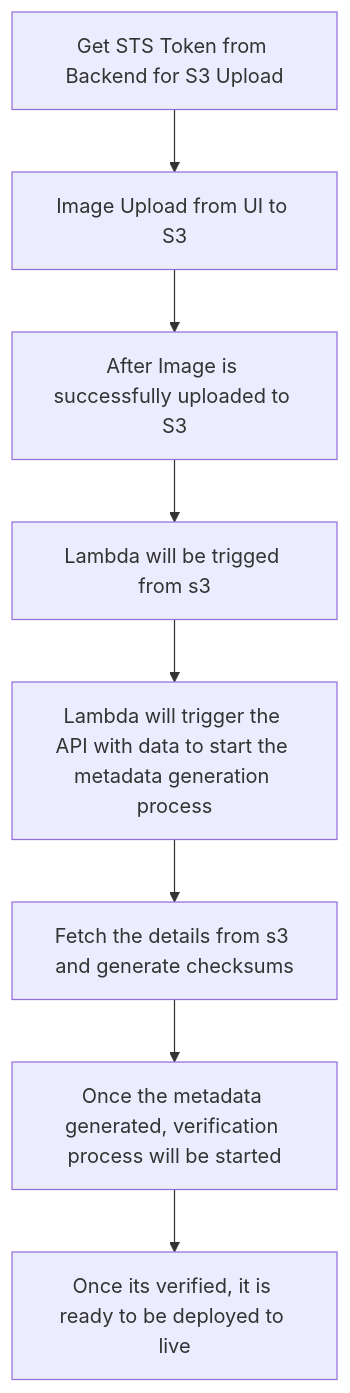
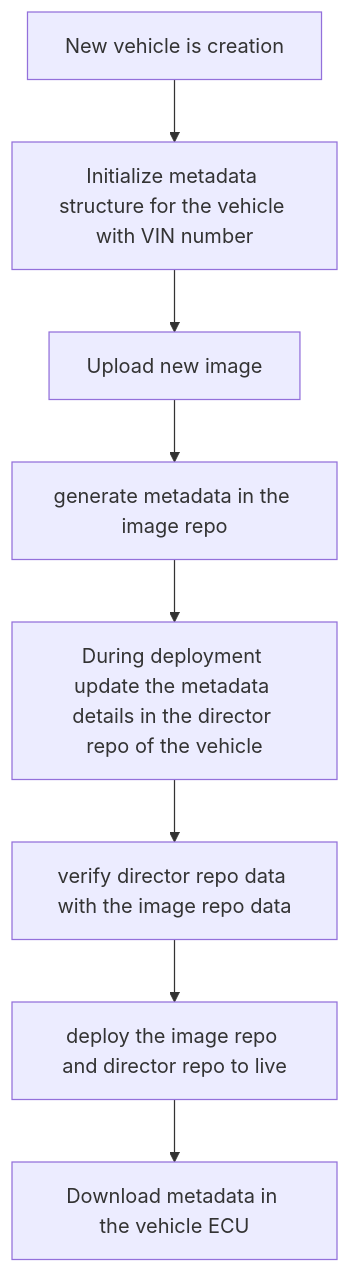
The first of 2 diagrams in director-repo-workflow.md (yokesharun/uptane), drawn with Mermaid before and after one commit. The commit also changed other lines of this file, not shown here.

````diff
--- a/director-repo-workflow.md
+++ b/director-repo-workflow.md
@@ -3,10 +3,10 @@
 ```mermaid
 flowchart TD
-    A[Get STS Token from Backend for S3 Upload] --> B[Image Upload from UI to S3]
-    B --> C[After Image is successfully uploaded to S3]
-    C --> D[Lambda will be trigged from s3]
-    D --> E[Lambda will trigger the API with data to start the metadata generation process]
-    E --> F[Fetch the details from s3 and generate checksums]
-    F --> G[Once the metadata generated, verification process will be started]
-    G --> H[Once its verified, it is ready to be deployed to live]
+    A[New vehicle is creation] --> B[Initialize metadata structure for the vehicle with VIN number]
+    B --> C[Upload new image]
+    C --> D[generate metadata in the image repo]
+    D --> E[During deployment update the metadata details in the director repo of the vehicle]
+    E --> F[verify director repo data with the image repo data]
+    F --> G[deploy the image repo and director repo to live]
+    G --> H[Download metadata in the vehicle ECU]
 ```
````
